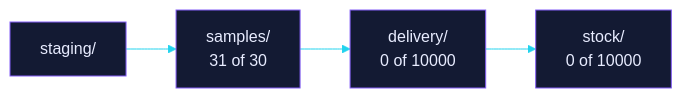
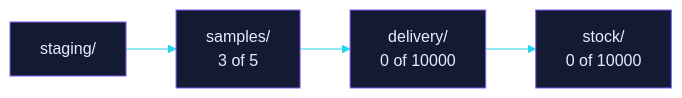
The second of 2 diagrams in README.md (EtharaOrion/hephaestus-samples), drawn with Mermaid before and after one commit. The commit also changed other lines of this file and 5293 other files, not shown here.

````diff
--- a/README.md
+++ b/README.md
@@ -123,8 +74,8 @@
 ```mermaid
 %%{init: {"theme":"base","themeVariables":{"primaryColor":"#131a33","primaryTextColor":"#e8ecff","primaryBorderColor":"#845EF7","lineColor":"#22d3ee","fontFamily":"monospace"}}}%%
 flowchart LR
     staging["staging/"]
-    staging --> samples["samples/<br/>31 of 30"]
+    staging --> samples["samples/<br/>3 of 5"]
     samples --> delivery["delivery/<br/>0 of 10000"]
     delivery --> stock["stock/<br/>0 of 10000"]
 ```
````
